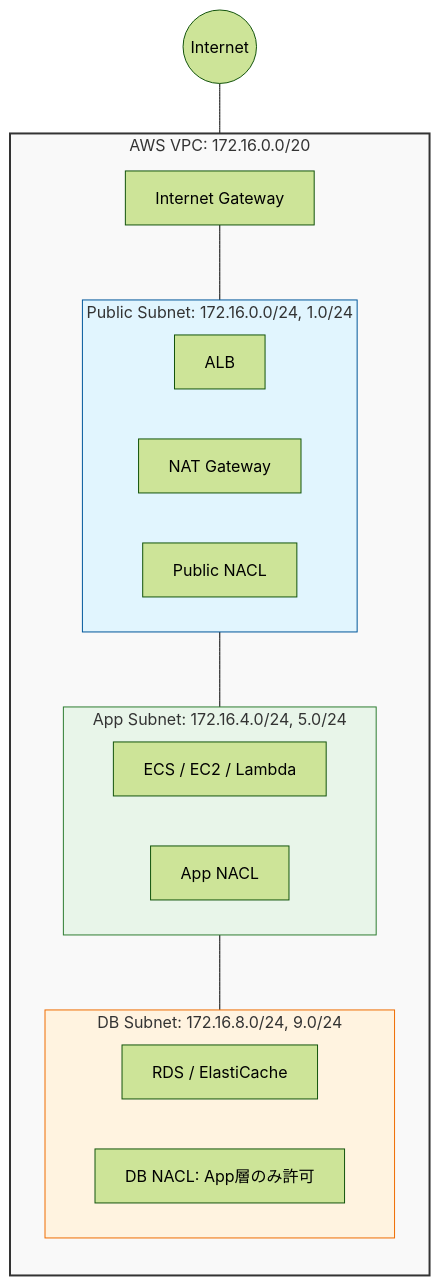
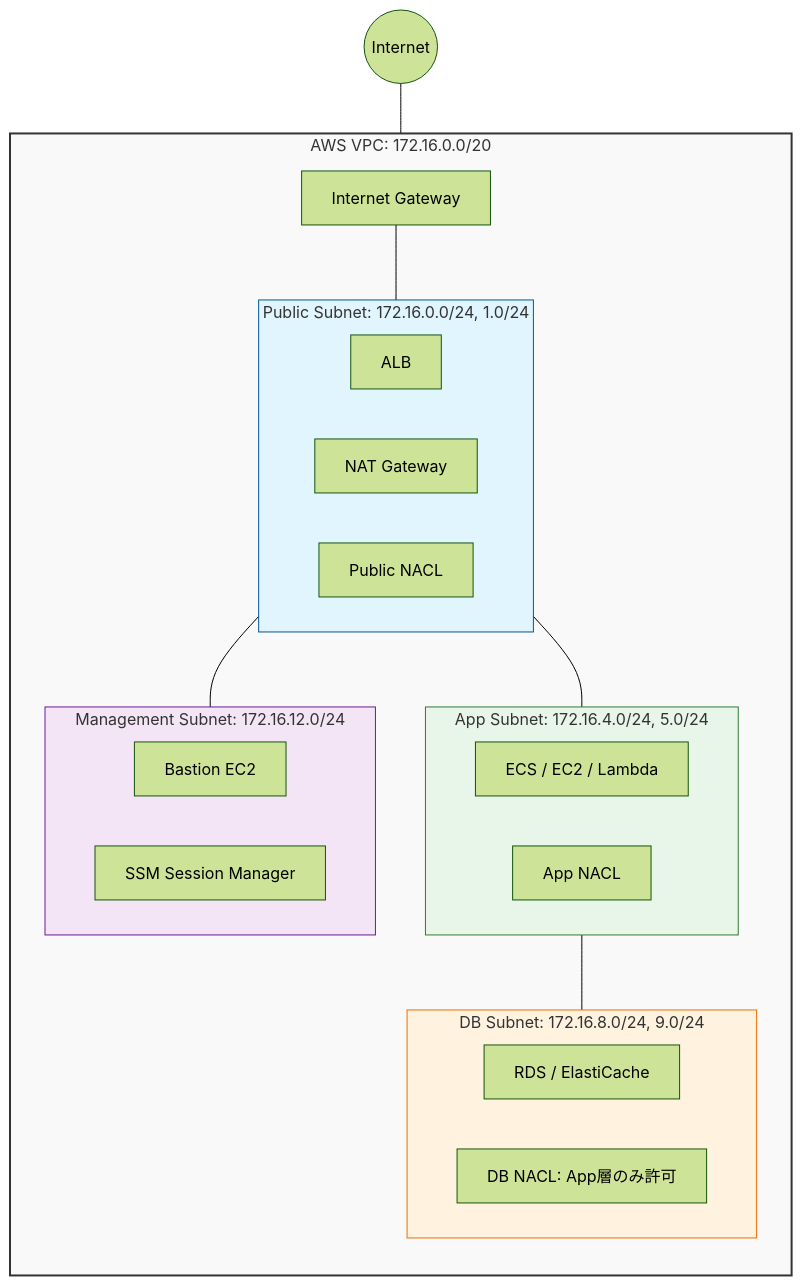
The diagram in README.md (0414st-design/Public), drawn with Mermaid (forest theme) before and after one commit. The commit also changed other lines of this file, not shown here.

````diff
--- a/README.md
+++ b/README.md
@@ -8,38 +8,46 @@
 ```mermaid
 graph TD
     Internet((Internet))
 
     subgraph VPC [AWS VPC: 172.16.0.0/20]
         direction TB
         IGW[Internet Gateway]
 
         subgraph Public_Layer [Public Subnet: 172.16.0.0/24, 1.0/24]
             direction LR
             ALB[ALB]
             NAT[NAT Gateway]
             NACL_Pub[Public NACL]
         end
 
         subgraph App_Layer [App Subnet: 172.16.4.0/24, 5.0/24]
             direction LR
             ECS[ECS / EC2 / Lambda]
             NACL_App[App NACL]
         end
 
         subgraph DB_Layer [DB Subnet: 172.16.8.0/24, 9.0/24]
             direction LR
             RDS[RDS / ElastiCache]
             NACL_DB[DB NACL: App層のみ許可]
         end
+
+        subgraph Mgmt_Layer [Management Subnet: 172.16.12.0/24]
+            direction LR
+            Bastion[Bastion EC2]
+            SSM[SSM Session Manager]
+        end
     end
 
     Internet --- IGW
     IGW --- Public_Layer
     Public_Layer --- App_Layer
     App_Layer --- DB_Layer
+    NAT --- Mgmt_Layer
 
     style VPC fill:#f9f9f9,stroke:#333,stroke-width:2px
     style Public_Layer fill:#e1f5fe,stroke:#01579b
     style App_Layer fill:#e8f5e9,stroke:#2e7d32
     style DB_Layer fill:#fff3e0,stroke:#ef6c00
+    style Mgmt_Layer fill:#f3e5f5,stroke:#6a1b9a
 ```
````
